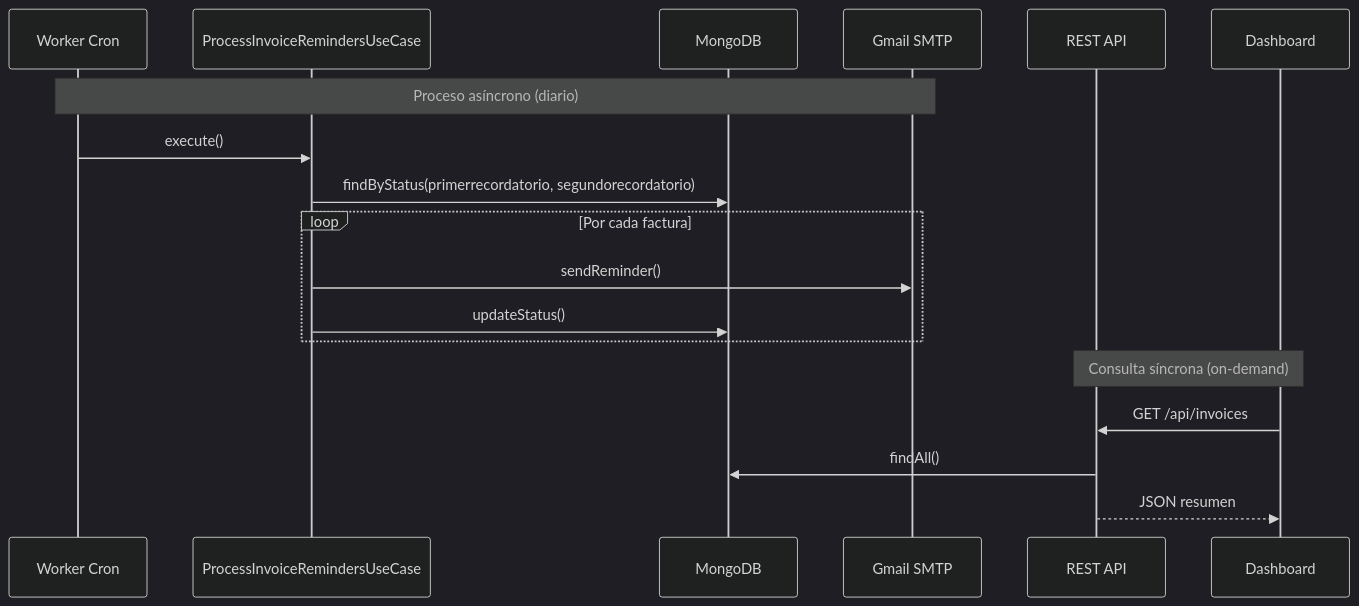
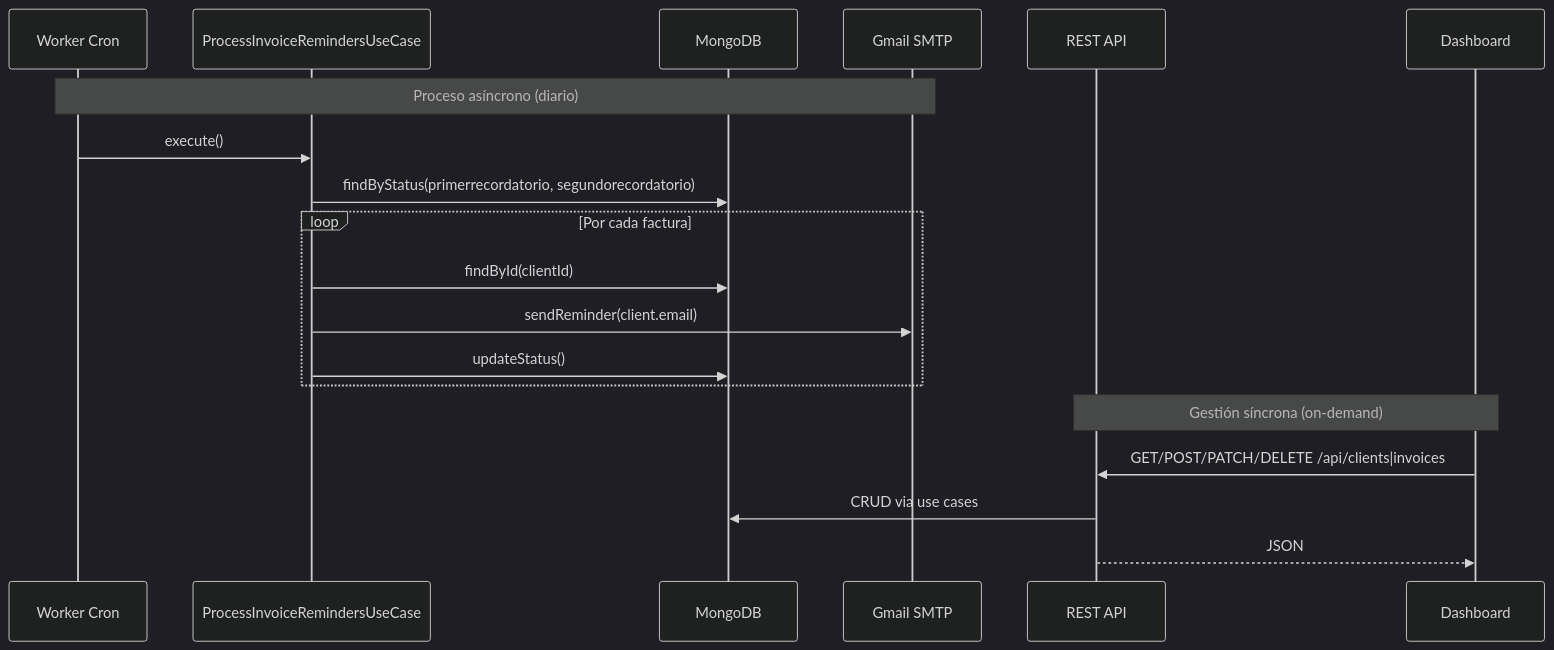
The second of 5 diagrams in ARCHITECTURE.md (andresrod2000/monolegal-challenge), drawn with Mermaid (dark theme) before and after one commit. The commit also changed other lines of this file and 67 other files, not shown here.

````diff
--- a/ARCHITECTURE.md
+++ b/ARCHITECTURE.md
@@ -107,22 +118,23 @@
 ```mermaid
 sequenceDiagram
     participant Cron as Worker Cron
     participant UC as ProcessInvoiceRemindersUseCase
     participant DB as MongoDB
     participant Gmail as Gmail SMTP
     participant API as REST API
     participant UI as Dashboard
 
     Note over Cron,Gmail: Proceso asíncrono (diario)
     Cron->>UC: execute()
     UC->>DB: findByStatus(primerrecordatorio, segundorecordatorio)
     loop Por cada factura
-        UC->>Gmail: sendReminder()
+        UC->>DB: findById(clientId)
+        UC->>Gmail: sendReminder(client.email)
         UC->>DB: updateStatus()
     end
 
-    Note over API,UI: Consulta síncrona (on-demand)
-    UI->>API: GET /api/invoices
-    API->>DB: findAll()
-    API-->>UI: JSON resumen
+    Note over API,UI: Gestión síncrona (on-demand)
+    UI->>API: GET/POST/PATCH/DELETE /api/clients|invoices
+    API->>DB: CRUD via use cases
+    API-->>UI: JSON
 ```
````
